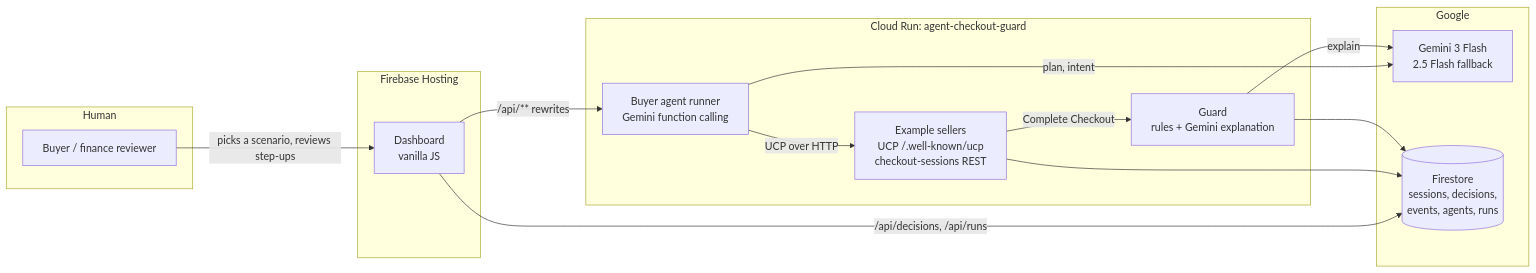
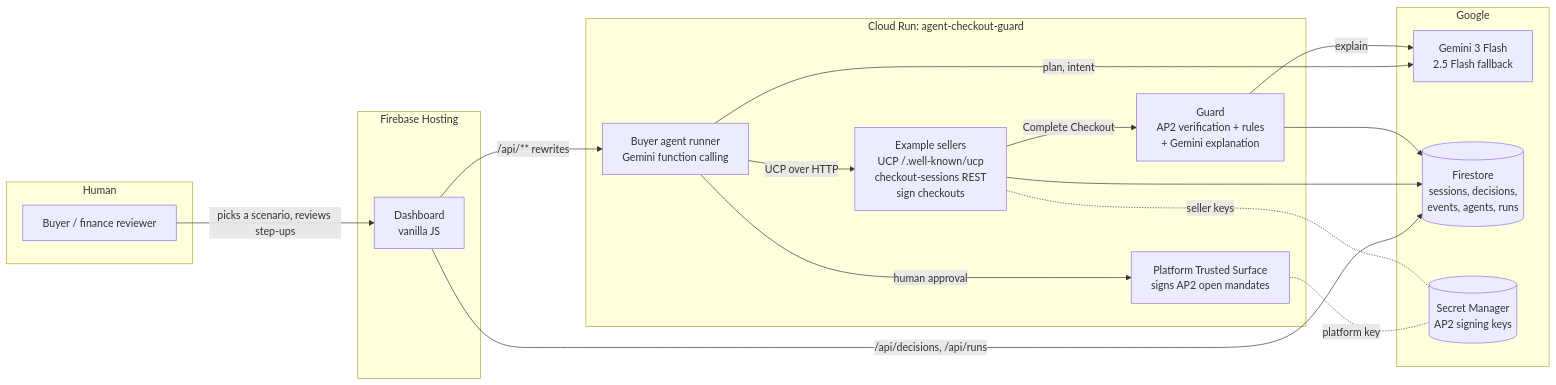
One commit to anishreddy3/agent-checkout-guard changed the first of 3 diagrams in docs/architecture.md. Above: the diagram before and after it, drawn with Mermaid. The commit also changed other lines of this file and 20 other files, not shown here.

````diff
--- a/docs/architecture.md
+++ b/docs/architecture.md
@@ -5,27 +5,32 @@
 ```mermaid
 flowchart LR
   subgraph Human
     U[Buyer / finance reviewer]
   end
   subgraph FirebaseHosting[Firebase Hosting]
     D[Dashboard<br/>vanilla JS]
   end
   subgraph CloudRun[Cloud Run: agent-checkout-guard]
     A[Buyer agent runner<br/>Gemini function calling]
-    S[Example sellers<br/>UCP /.well-known/ucp<br/>checkout-sessions REST]
-    G[Guard<br/>rules + Gemini explanation]
+    TS[Platform Trusted Surface<br/>signs AP2 open mandates]
+    S[Example sellers<br/>UCP /.well-known/ucp<br/>checkout-sessions REST<br/>sign checkouts]
+    G[Guard<br/>AP2 verification + rules<br/>+ Gemini explanation]
   end
   subgraph Google
     GM[Gemini 3 Flash<br/>2.5 Flash fallback]
     FS[(Firestore<br/>sessions, decisions,<br/>events, agents, runs)]
+    SM[(Secret Manager<br/>AP2 signing keys)]
   end
   U -- picks a scenario, reviews step-ups --> D
   D -- /api/** rewrites --> A
   D -- /api/decisions, /api/runs --> FS
   A -- UCP over HTTP --> S
   S -- Complete Checkout --> G
   A -- plan, intent --> GM
   G -- explain --> GM
   S --> FS
   G --> FS
+  A -- human approval --> TS
+  TS -. platform key .- SM
+  S -. seller keys .- SM
 ```
````
